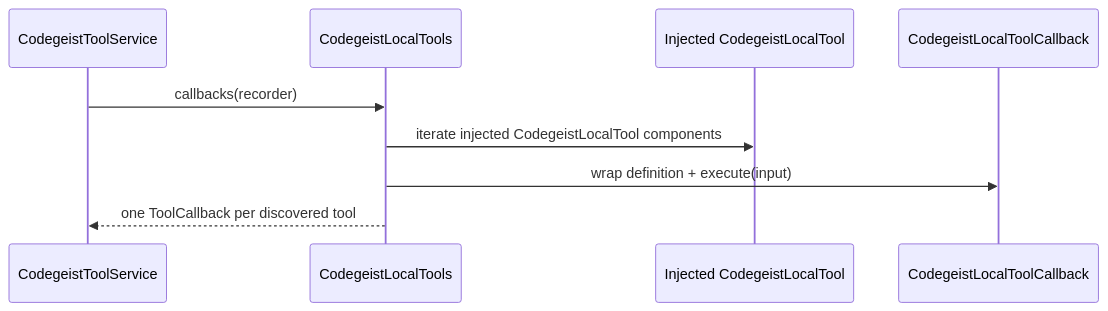
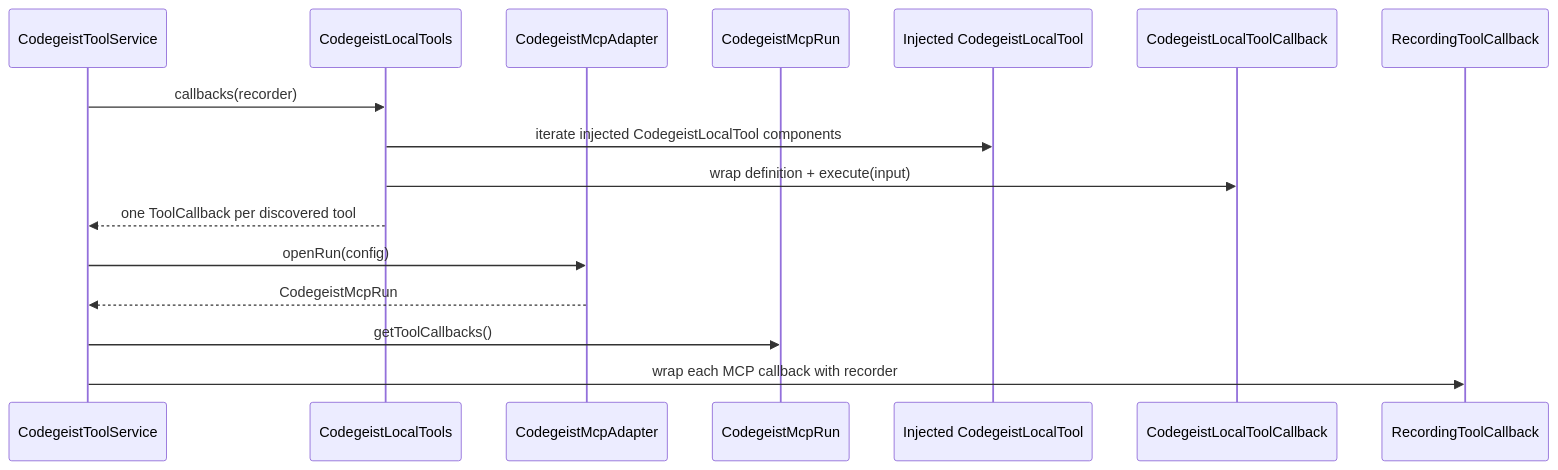
The second of 5 diagrams in docs/developer/architecture/local-file-tools.md (codegeist-ai/codegeist), drawn with Mermaid before and after one commit. The commit also changed other lines of this file and 55 other files, not shown here.

First line of the commit message:
feat(mcp): add remote MCP callback bridge

````diff
--- a/docs/developer/architecture/local-file-tools.md
+++ b/docs/developer/architecture/local-file-tools.md
@@ -213,12 +269,19 @@
 ```mermaid
 sequenceDiagram
     participant Caller as CodegeistToolService
     participant LocalTools as CodegeistLocalTools
+    participant Adapter as CodegeistMcpAdapter
+    participant McpRun as CodegeistMcpRun
     participant Tool as Injected CodegeistLocalTool
     participant Callback as CodegeistLocalToolCallback
+    participant Recording as RecordingToolCallback
 
     Caller->>LocalTools: callbacks(recorder)
     LocalTools->>Tool: iterate injected CodegeistLocalTool components
     LocalTools->>Callback: wrap definition + execute(input)
     LocalTools-->>Caller: one ToolCallback per discovered tool
+    Caller->>Adapter: openRun(config)
+    Adapter-->>Caller: CodegeistMcpRun
+    Caller->>McpRun: getToolCallbacks()
+    Caller->>Recording: wrap each MCP callback with recorder
 ```
````
